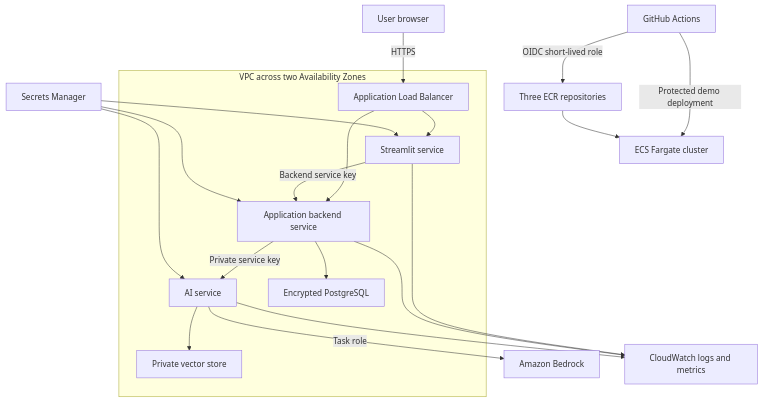
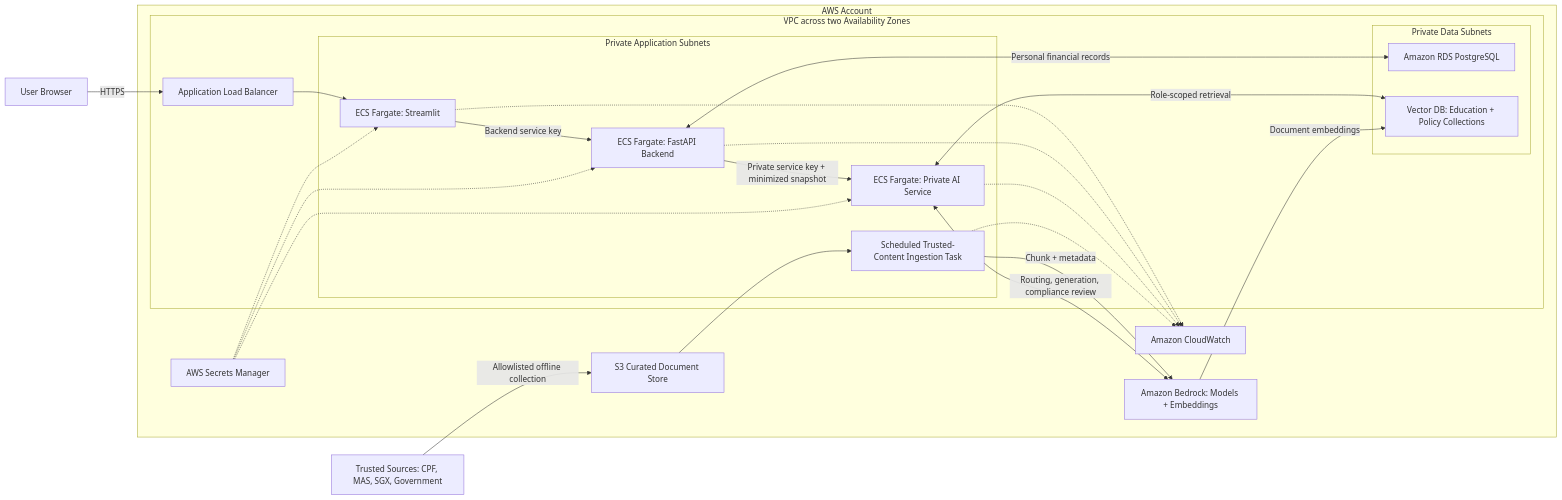
The second of 2 diagrams in docs/architecture.md (Seanleng99/nus-iss-ais-team9), drawn with Mermaid before and after one commit. The commit also changed other lines of this file, not shown here.

Commit message:
docs: update logical and physical architecture

````diff
--- a/docs/architecture.md
+++ b/docs/architecture.md
@@ -27,22 +51,45 @@
 ```mermaid
-flowchart TB
-  GitHub["GitHub Actions"] -->|"OIDC short-lived role"| ECR["Three ECR repositories"]
-  GitHub -->|"Protected demo deployment"| ECS["ECS Fargate cluster"]
-  User["User browser"] -->|"HTTPS"| ALB["Application Load Balancer"]
-  subgraph VPC["VPC across two Availability Zones"]
-    ALB --> UI["Streamlit service"]
-    ALB --> Backend["Application backend service"]
-    UI -->|"Backend service key"| Backend
-    Backend -->|"Private service key"| AI["AI service"]
-    Backend --> RDS["Encrypted PostgreSQL"]
-    AI --> Vector["Private vector store"]
+flowchart LR
+  User["User Browser"] -->|"HTTPS"| ALB["Application Load Balancer"]
+
+  subgraph AWS["AWS Account"]
+    subgraph VPC["VPC across two Availability Zones"]
+      subgraph AppTier["Private Application Subnets"]
+        UI["ECS Fargate: Streamlit"]
+        Backend["ECS Fargate: FastAPI Backend"]
+        AI["ECS Fargate: Private AI Service"]
+        Ingestion["Scheduled Trusted-Content Ingestion Task"]
+      end
+
+      subgraph DataTier["Private Data Subnets"]
+        RDS["Amazon RDS PostgreSQL"]
+        VectorDB["Vector DB: Education + Policy Collections"]
+      end
+
+      ALB --> UI
+      UI -->|"Backend service key"| Backend
+      Backend -->|"Private service key + minimized snapshot"| AI
+      Backend <-->|"Personal financial records"| RDS
+      AI <-->|"Role-scoped retrieval"| VectorDB
+    end
+
+    S3["S3 Curated Document Store"]
+    Bedrock["Amazon Bedrock: Models + Embeddings"]
+    Secrets["AWS Secrets Manager"]
+    Logs["Amazon CloudWatch"]
+
+    S3 --> Ingestion
+    Ingestion -->|"Chunk + metadata"| Bedrock
+    Bedrock -->|"Document embeddings"| VectorDB
+    AI <-->|"Routing, generation, compliance review"| Bedrock
+    Secrets -.-> UI
+    Secrets -.-> Backend
+    Secrets -.-> AI
+    UI -.-> Logs
+    Backend -.-> Logs
+    AI -.-> Logs
+    Ingestion -.-> Logs
   end
-  AI -->|"Task role"| Bedrock["Amazon Bedrock"]
-  Secrets["Secrets Manager"] --> UI
-  Secrets --> Backend
-  Secrets --> AI
-  UI --> Logs["CloudWatch logs and metrics"]
-  Backend --> Logs
-  AI --> Logs
-  ECR --> ECS
+
+  Sources["Trusted Sources: CPF, MAS, SGX, Government"] -->|"Allowlisted offline collection"| S3
 ```
````
